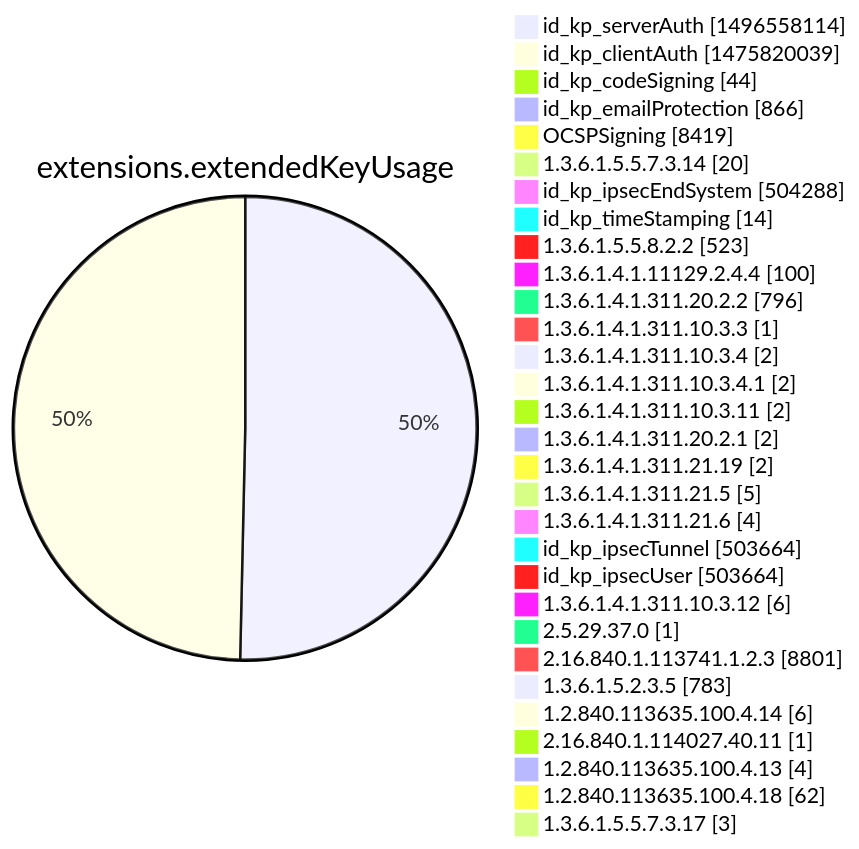
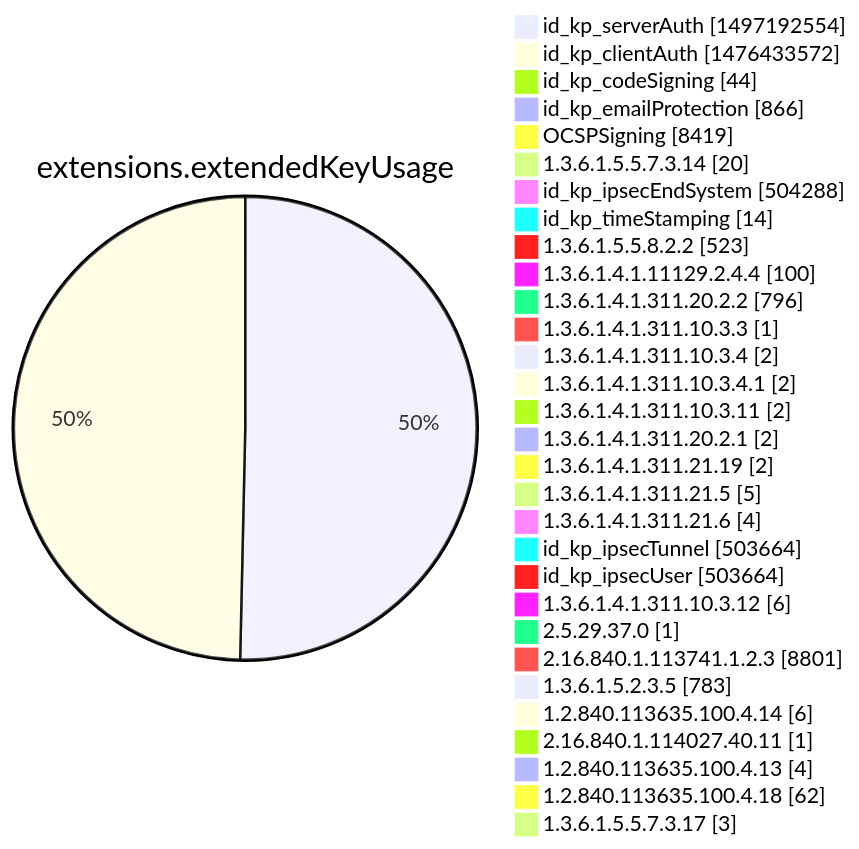
One commit to christiankrug/ctmonitor_visualization changed diagram 12 of 15 in argon2022/README.md. Above: the diagram before and after it, drawn with Mermaid. The commit also changed other lines of this file, not shown here.

````diff
--- a/argon2022/README.md
+++ b/argon2022/README.md
@@ -3555,34 +3555,34 @@
 ```mermaid
 pie showData
 title extensions.extendedKeyUsage
-"id_kp_serverAuth" :1496558114
-"id_kp_clientAuth" :1475820039
+"id_kp_serverAuth" :1497192554
+"id_kp_clientAuth" :1476433572
 "id_kp_codeSigning" :44
 "id_kp_emailProtection" :866
 "OCSPSigning" :8419
 "1.3.6.1.5.5.7.3.14" :20
 "id_kp_ipsecEndSystem" :504288
 "id_kp_timeStamping" :14
 "1.3.6.1.5.5.8.2.2" :523
 "1.3.6.1.4.1.11129.2.4.4" :100
 "1.3.6.1.4.1.311.20.2.2" :796
 "1.3.6.1.4.1.311.10.3.3" :1
 "1.3.6.1.4.1.311.10.3.4" :2
 "1.3.6.1.4.1.311.10.3.4.1" :2
 "1.3.6.1.4.1.311.10.3.11" :2
 "1.3.6.1.4.1.311.20.2.1" :2
 "1.3.6.1.4.1.311.21.19" :2
 "1.3.6.1.4.1.311.21.5" :5
 "1.3.6.1.4.1.311.21.6" :4
 "id_kp_ipsecTunnel" :503664
 "id_kp_ipsecUser" :503664
 "1.3.6.1.4.1.311.10.3.12" :6
 "2.5.29.37.0" :1
 "2.16.840.1.113741.1.2.3" :8801
 "1.3.6.1.5.2.3.5" :783
 "1.2.840.113635.100.4.14" :6
 "2.16.840.1.114027.40.11" :1
 "1.2.840.113635.100.4.13" :4
 "1.2.840.113635.100.4.18" :62
 "1.3.6.1.5.5.7.3.17" :3
 ```
````
